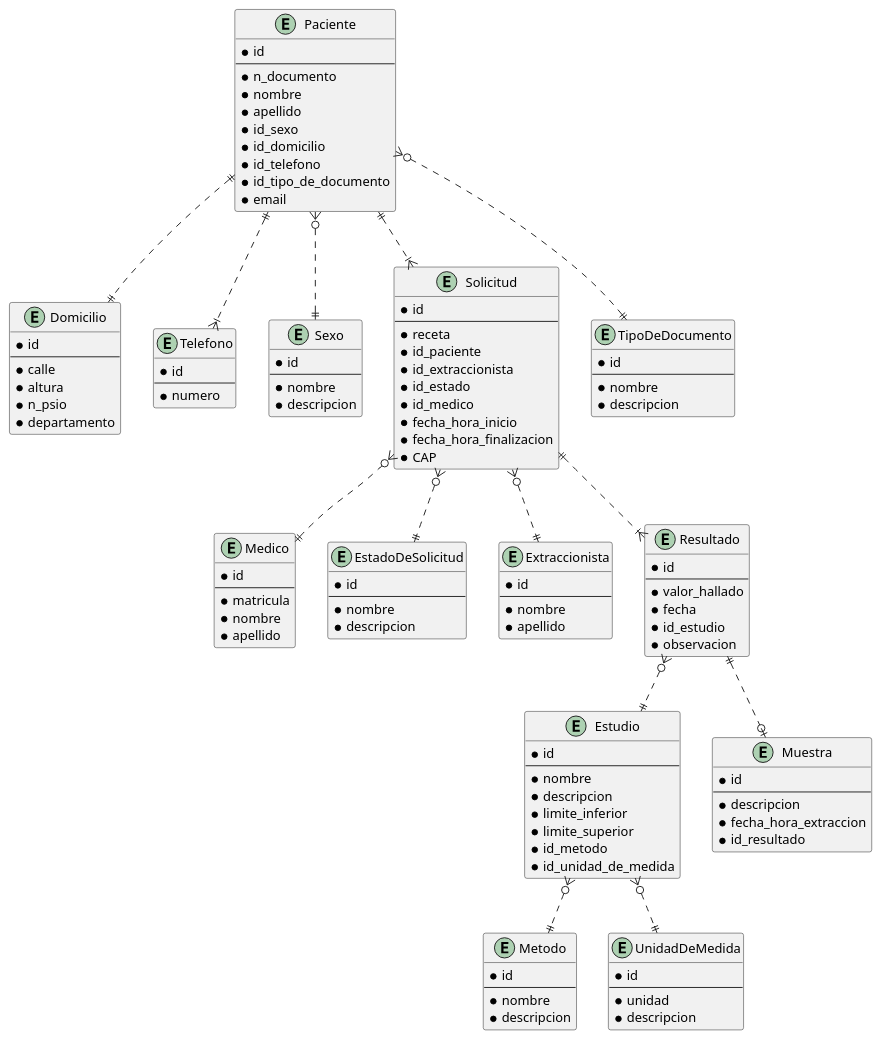
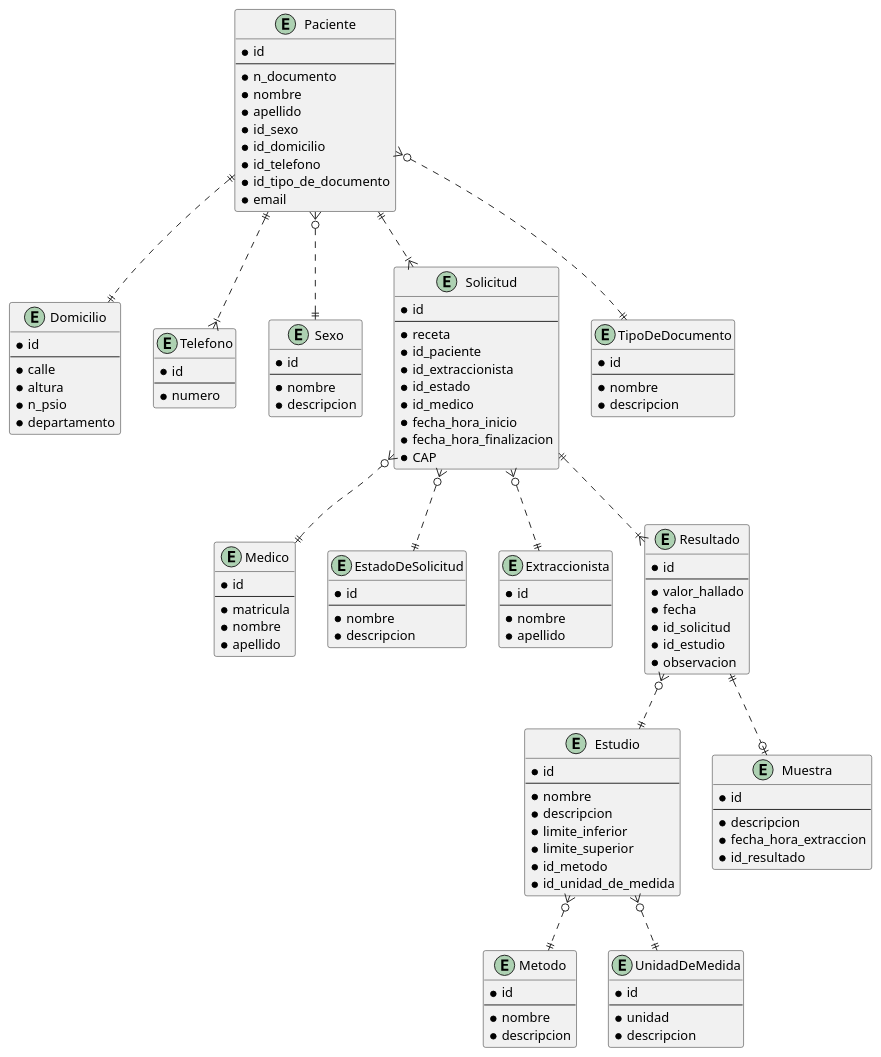
Before and after one commit to MateMar04/Biomedica: the diagram in Diagrams/ERDiagram.wsd, drawn with PlantUML. The commit also changed 1 other file, not shown here.

```diff
--- a/Diagrams/ERDiagram.wsd
+++ b/Diagrams/ERDiagram.wsd
@@ -1,135 +1,136 @@
 @startuml ERDiagram
 entity Medico {
     * id
     --
     * matricula
     * nombre
     * apellido
 }
 
 entity Domicilio {
     * id
     --
     * calle
     * altura
     * n_psio
     * departamento
 }
 
 entity Telefono {
     * id
     --
     * numero
 }
 
 entity Sexo {
     * id
     --
     * nombre
     * descripcion
 }
 
 entity Paciente {
     * id
     --
     * n_documento
     * nombre
     * apellido
     * id_sexo
     * id_domicilio
     * id_telefono
     * id_tipo_de_documento
     * email
 }
 
 entity EstadoDeSolicitud {
     * id
     --
     * nombre
     * descripcion
 }
 
 entity Estudio {
     * id
     --
     * nombre
     * descripcion
     * limite_inferior
     * limite_superior
     * id_metodo
     * id_unidad_de_medida
 }
 
 entity Solicitud {
     * id
     --
     * receta
     * id_paciente
     * id_extraccionista
     * id_estado
     * id_medico
     * fecha_hora_inicio
     * fecha_hora_finalizacion
     * CAP
 }
 
 entity Extraccionista {
     * id
     --
     * nombre
     * apellido
 }
 
 entity Muestra {
     * id
     --
     * descripcion
     * fecha_hora_extraccion
     * id_resultado
 }
 
 entity Metodo {
     * id
     --
     * nombre
     * descripcion
 }
 
 entity Resultado {
     * id
     --
     * valor_hallado
     * fecha
+    * id_solicitud
     * id_estudio
     * observacion
 }
 
 entity UnidadDeMedida {
     * id
     --
     * unidad
     * descripcion
 }
 
 entity TipoDeDocumento {
     * id
     --
     * nombre
     * descripcion
 }
 
 Paciente ||..|| Domicilio
 Paciente ||..|{ Telefono
 Paciente }o..|| Sexo
 Paciente ||..|{ Solicitud
 Paciente }o..|| TipoDeDocumento
 Solicitud }o..|| Medico
 Solicitud }o..|| EstadoDeSolicitud
 Resultado ||..o| Muestra
 Solicitud }o..|| Extraccionista
 Estudio }o..|| Metodo
 Solicitud ||..|{ Resultado
 Estudio }o..|| UnidadDeMedida
 Resultado }o..|| Estudio
 
 @enduml
```
